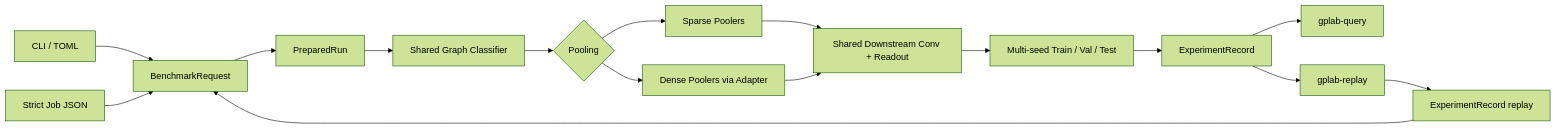
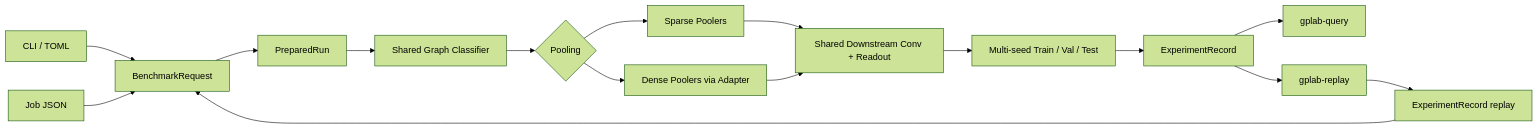
One commit to ChenYizhu97/Graph-Pooling-Lab changed the diagram in README.md. Above: the diagram before and after it, drawn with Mermaid (forest theme). The commit also changed other lines of this file and 13 other files, not shown here.

````diff
--- a/README.md
+++ b/README.md
@@ -11,18 +11,18 @@
 ```mermaid
 flowchart LR
     CLI["CLI / TOML"] --> A["BenchmarkRequest"]
-    JOB["Strict Job JSON"] --> A
+    JOB["Job JSON"] --> A
     REC["ExperimentRecord replay"] --> A
     A --> B["PreparedRun"]
     B --> C["Shared Graph Classifier"]
     C --> D{"Pooling"}
     D --> E["Sparse Poolers"]
     D --> F["Dense Poolers via Adapter"]
     E --> G["Shared Downstream Conv + Readout"]
     F --> G
     G --> H["Multi-seed Train / Val / Test"]
     H --> I["ExperimentRecord"]
     I --> J["gplab-query"]
     I --> K["gplab-replay"]
     K --> REC
 ```
````
